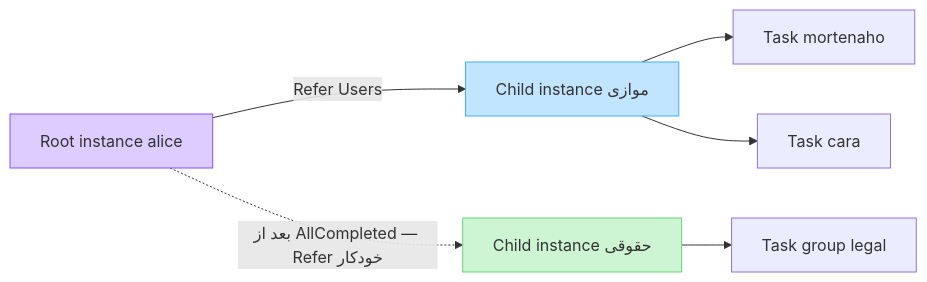
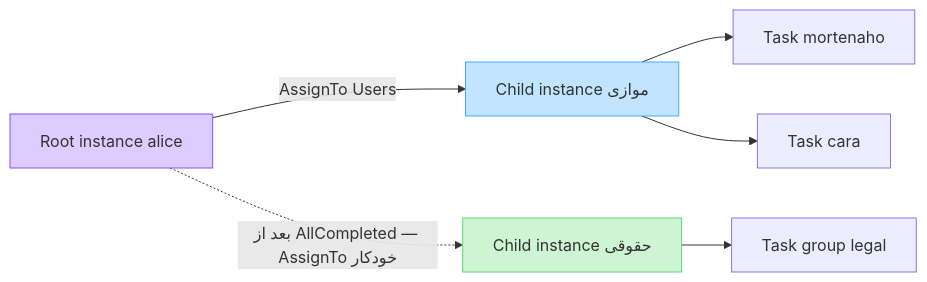
One commit to mortenaho/WorkFlowEngine changed the third of 4 diagrams in docs/usage.md. Above: the diagram before and after it, drawn with Mermaid. The commit also changed other lines of this file and 25 other files, not shown here.

````diff
--- a/docs/usage.md
+++ b/docs/usage.md
@@ -223,19 +223,19 @@
 ```mermaid
 flowchart LR
     root["Root instance alice"]
     child1["Child instance موازی"]
     child2["Child instance حقوقی"]
     t1[Task mortenaho]
     t2[Task cara]
     t3[Task group legal]
 
-    root -->|"Refer Users"| child1
+    root -->|"AssignTo Users"| child1
     child1 --> t1
     child1 --> t2
-    root -.->|"بعد از AllCompleted — Refer خودکار"| child2
+    root -.->|"بعد از AllCompleted — AssignTo خودکار"| child2
     child2 --> t3
 
     style root fill:#DCCCFF,stroke:#874FFF
     style child1 fill:#C2E5FF,stroke:#3DADFF
     style child2 fill:#CDF4D3,stroke:#66D575
 ```
````
